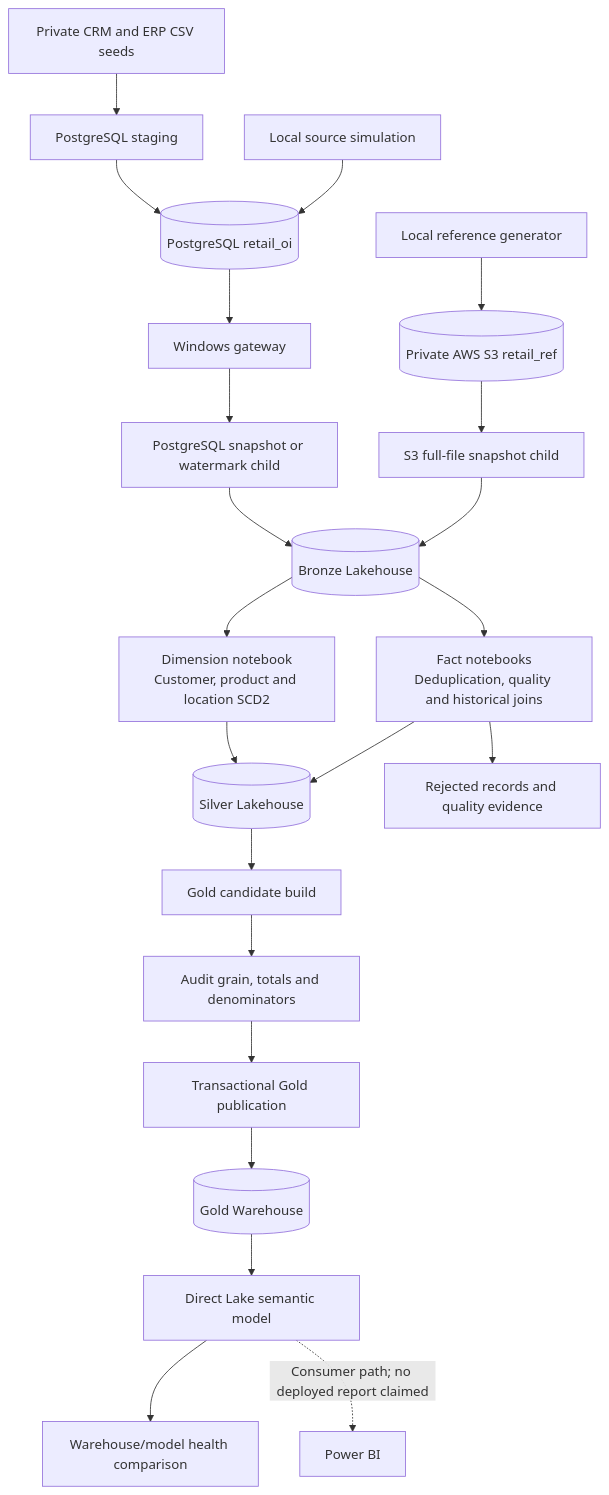
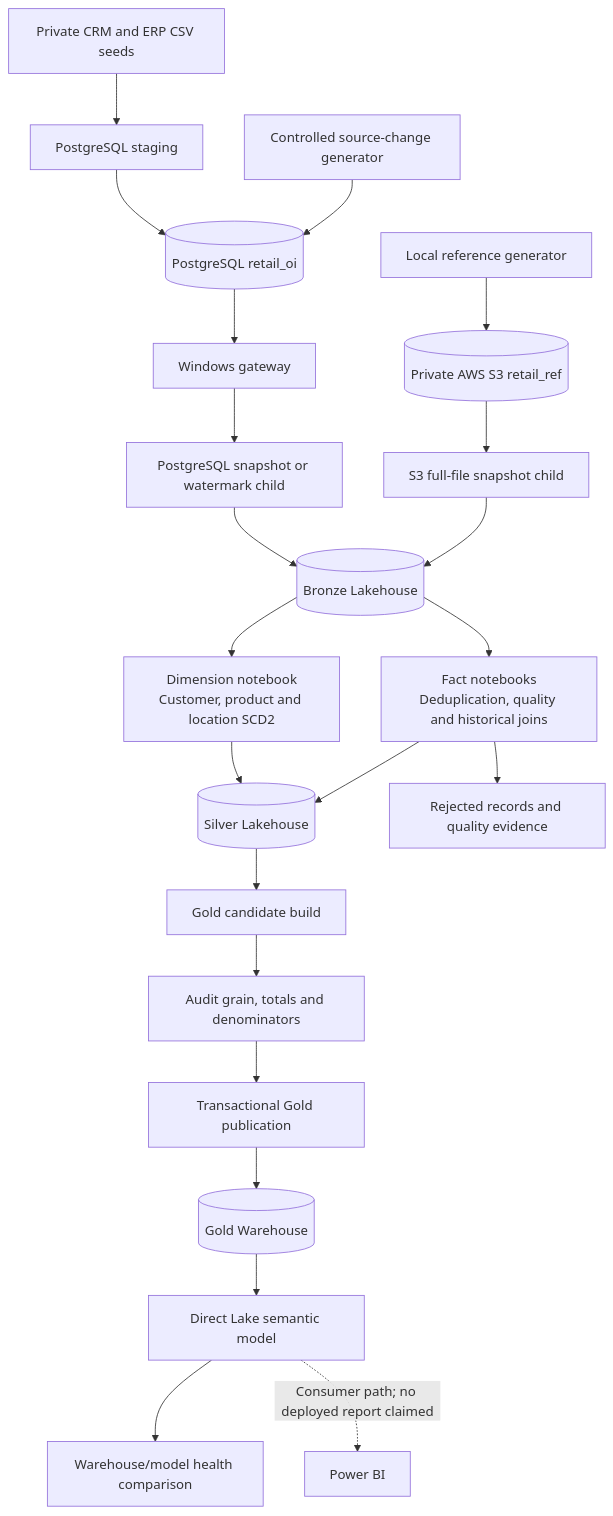
Before and after one commit to dimpupraharsh/fabric-data-platform: the first of 3 diagrams in docs/architecture.md, drawn with Mermaid. The commit also changed 7 other files, not shown here.

````diff
--- a/docs/architecture.md
+++ b/docs/architecture.md
@@ -5,24 +5,24 @@
 ```mermaid
 flowchart TB
     CSV[Private CRM and ERP CSV seeds] --> STG[PostgreSQL staging]
     STG --> PG[(PostgreSQL retail_oi)]
-    SIM[Local source simulation] --> PG
+    SIM[Controlled source-change generator] --> PG
     REF[Local reference generator] --> S3[(Private AWS S3 retail_ref)]
     PG --> GW[Windows gateway]
     GW --> PC[PostgreSQL snapshot or watermark child]
     S3 --> SC[S3 full-file snapshot child]
     PC --> B[(Bronze Lakehouse)]
     SC --> B
     B --> D[Dimension notebook<br/>Customer, product and location SCD2]
     B --> F[Fact notebooks<br/>Deduplication, quality and historical joins]
     D --> SL[(Silver Lakehouse)]
     F --> SL
     F --> DQ[Rejected records and quality evidence]
     SL --> GB[Gold candidate build]
     GB --> AUD[Audit grain, totals and denominators]
     AUD --> PUB[Transactional Gold publication]
     PUB --> G[(Gold Warehouse)]
     G --> MODEL[Direct Lake semantic model]
     MODEL --> HEALTH[Warehouse/model health comparison]
     MODEL -. "Consumer path; no deployed report claimed" .-> REPORT[Power BI]
 ```
````
